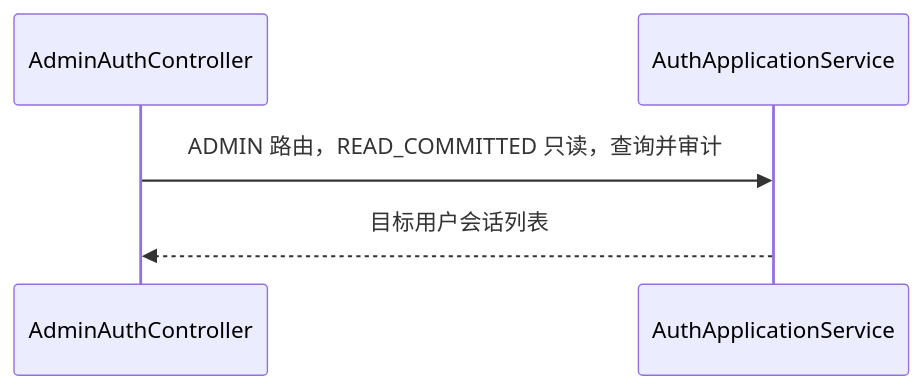
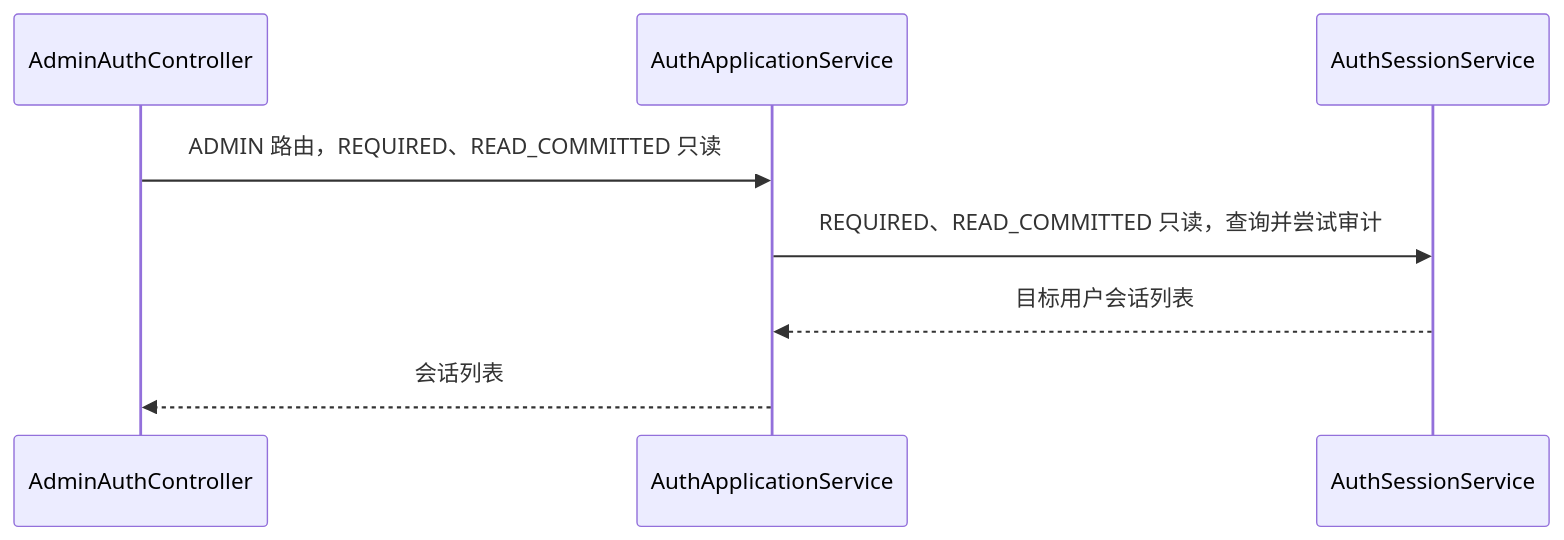
One commit to Kylinlixd/suno changed diagram 23 of 42 in docs/requirements/identity.md. Above: the diagram before and after it, drawn with Mermaid. The commit also changed other lines of this file and 2 other files, not shown here.

Commit message:
docs: clarify identity and operations transaction flows

````diff
--- a/docs/requirements/identity.md
+++ b/docs/requirements/identity.md
@@ -224,7 +233,10 @@
 ```mermaid
 sequenceDiagram
   participant C as AdminAuthController#listUserSessions
   participant A as AuthApplicationService#adminListUserSessions
-  C->>A: ADMIN 路由，READ_COMMITTED 只读，查询并审计
-  A-->>C: 目标用户会话列表
+  participant S as AuthSessionService#adminListUserSessions
+  C->>A: ADMIN 路由，REQUIRED、READ_COMMITTED 只读
+  A->>S: REQUIRED、READ_COMMITTED 只读，查询并尝试审计
+  S-->>A: 目标用户会话列表
+  A-->>C: 会话列表
 ```
````
